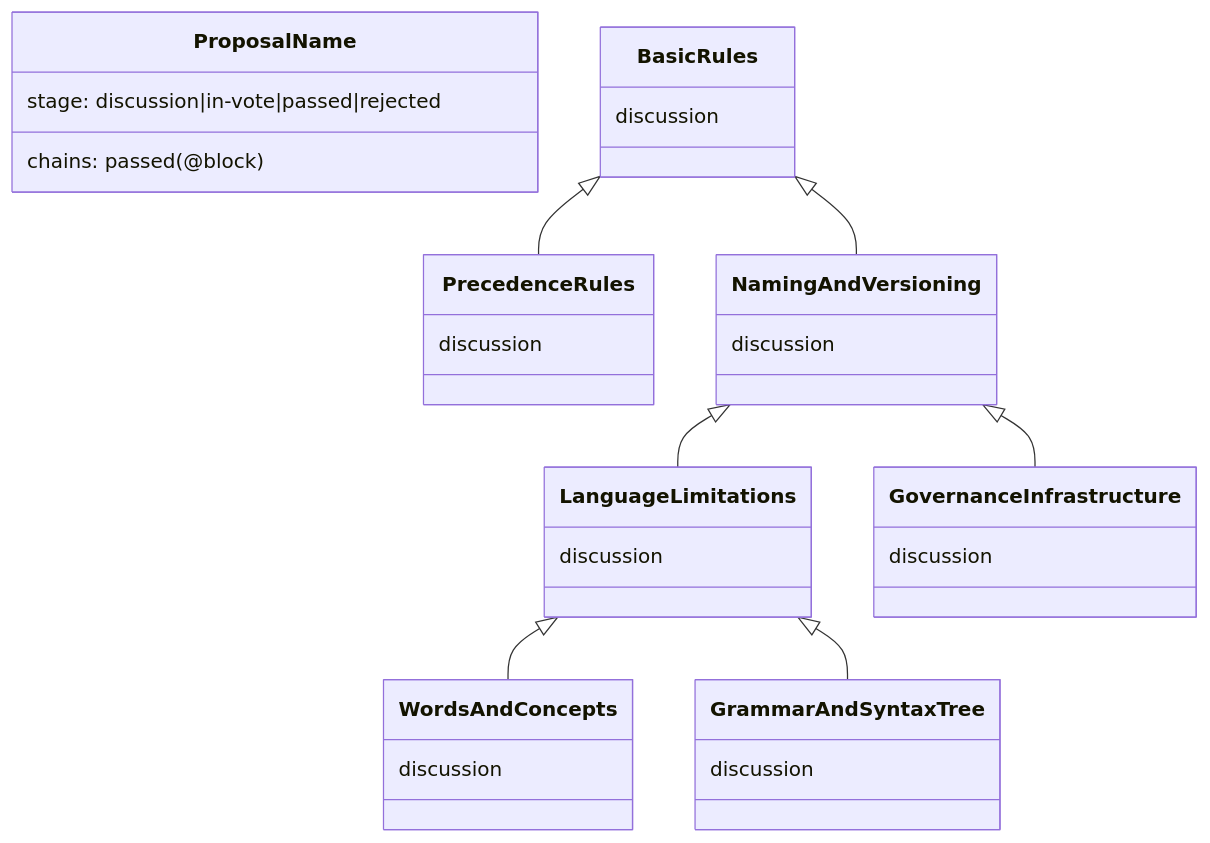
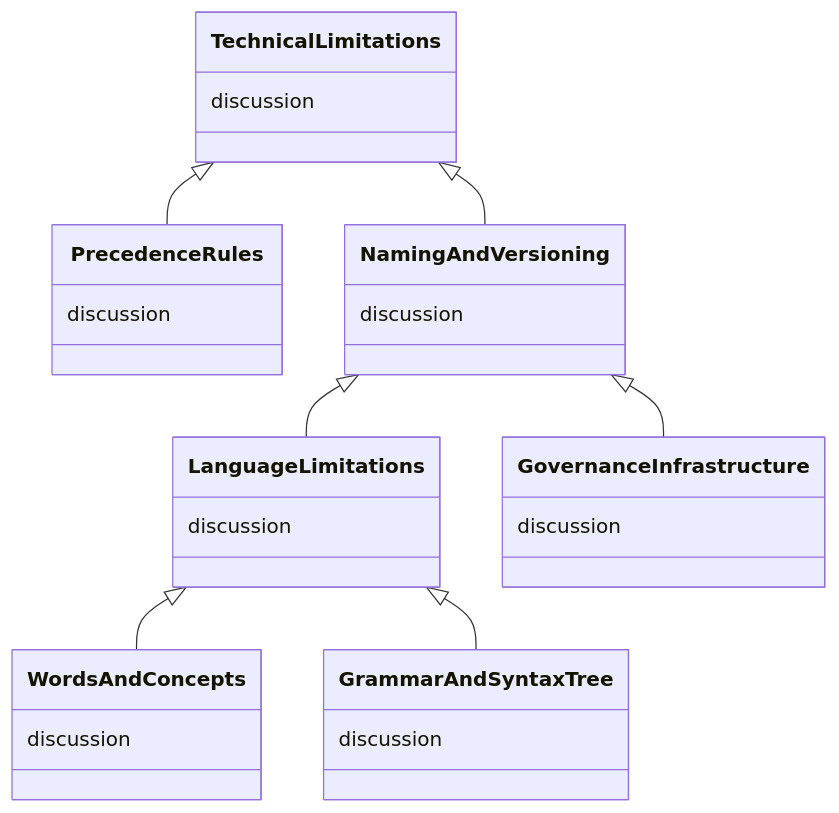
Before and after one commit to the-laurel/chain-proposals: the second of 4 diagrams in evmos/PrecedenceGraph.md, drawn with Mermaid. The commit also changed other lines of this file, not shown here.

````diff
--- a/evmos/PrecedenceGraph.md
+++ b/evmos/PrecedenceGraph.md
@@ -5,55 +20,48 @@
 ```mermaid
 
 classDiagram
-    
-
  class  Grammar And Syntax Tree {
   discussion
  }
  link Grammar And Syntax Tree "https://commonwealth.im/evmos/discussion/6690-metameta-english-grammar-and-syntax-tree" 
  
  class  Words And Concepts {
   discussion
  }
  link Words And Concepts "https://commonwealth.im/evmos/discussion/6610-metameta-consensus-on-words-and-concepts" 
- 
- class  Proposal Name {
-  stage: discussion|in-vote|passed|rejected
-  chains: passed(@block)
- }
 
  class  Language Limitations {
   discussion
  }
  link Language Limitations "https://commonwealth.im/evmos/discussion/6690-metameta-english-grammar-and-syntax-tree" 
  
 class  Precedence Rules {
   discussion
  }
  link Precedence Rules "https://commonwealth.im/evmos/discussion/6711-metameta-precedence-rules" 
  
 class Governance Infrastructure {
   discussion
 }
 link Governance Infrastructure "https://commonwealth.im/evmos/discussion/6708-metameta-governance-infrastructure" 
 
 class Naming And Versioning {
   discussion
 }
 link Naming And Versioning "https://commonwealth.im/evmos/discussion/6710-metameta-naming-and-versioning" 
 
-class Basic Rules {
+class Technical Limitations {
   discussion
 }
-link Basic Rules "https://commonwealth.im/evmos/discussion/6712-metameta-basic-rules" 
+link Technical Limitations "https://commonwealth.im/evmos/discussion/6712-metameta-basic-rules" 
 
 
 Language Limitations <|-- Words And Concepts
 Language Limitations <|-- Grammar And Syntax Tree
 Naming And Versioning <|-- Language Limitations
 Naming And Versioning <|-- Governance Infrastructure
-Basic Rules <|-- Naming And Versioning
-Basic Rules <|-- Precedence Rules
+Technical Limitations <|-- Naming And Versioning
+Technical Limitations <|-- Precedence Rules
 
 
 ```
````
